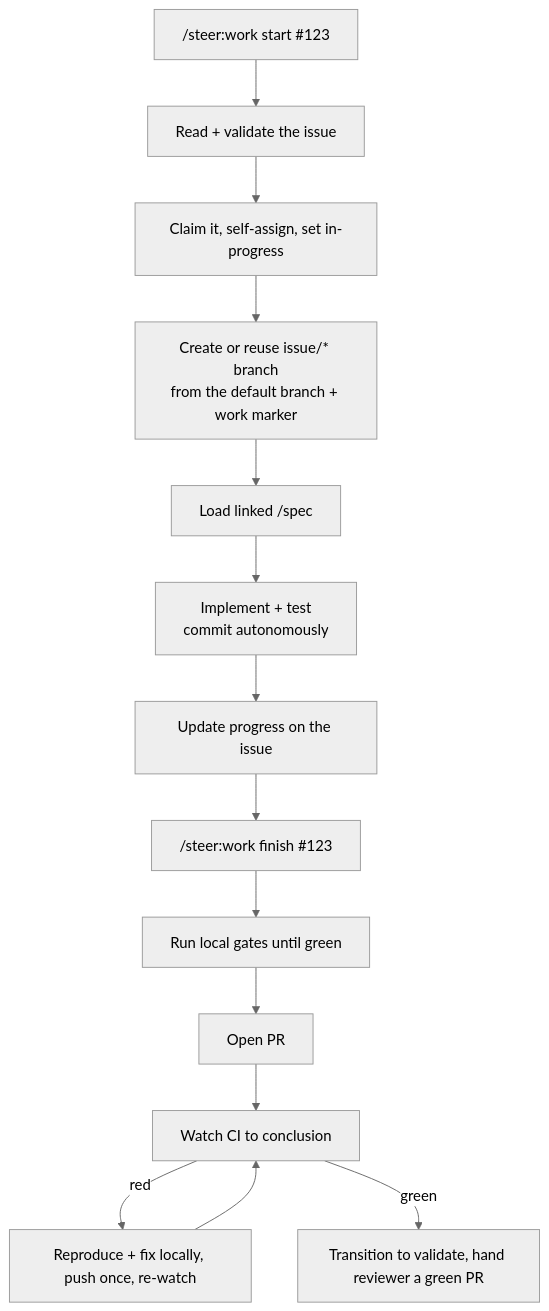
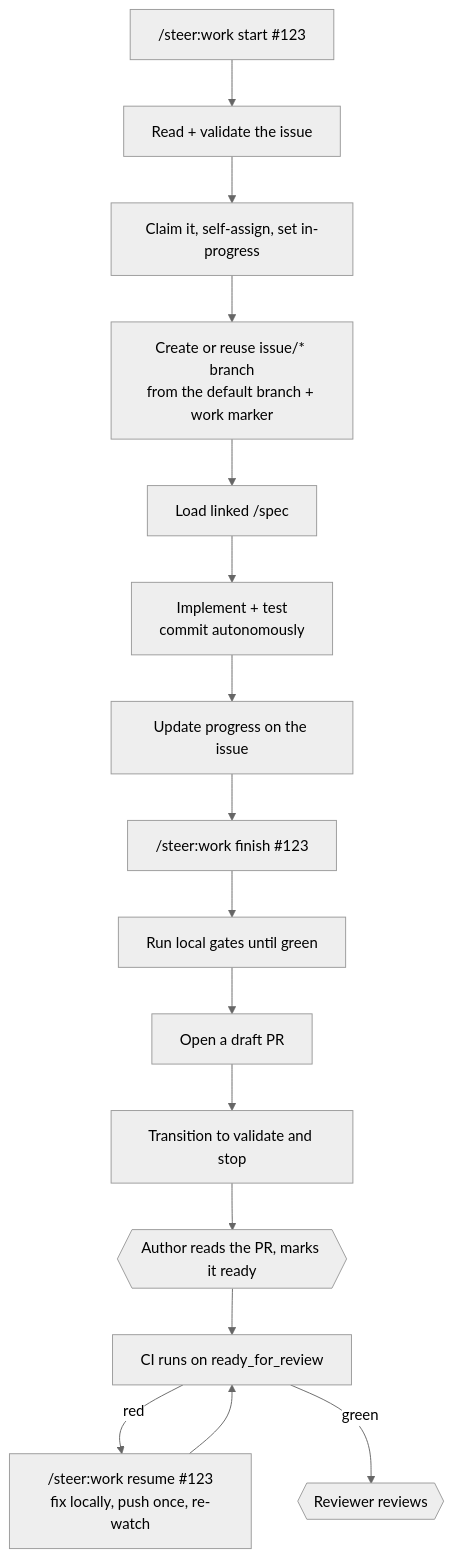
The diagram in docs/workflows/work.md (element22llc/e22-plugins), drawn with Mermaid (neutral theme) before and after one commit. The commit also changed other lines of this file and 22 other files, not shown here.

First line of the commit message:
feat(skills): open the /steer:work PR as a draft and stop at validate

````diff
--- a/docs/workflows/work.md
+++ b/docs/workflows/work.md
@@ -42,16 +42,18 @@
 ```mermaid
 flowchart TD
     START["/steer:work start #123"] --> VALIDATE[Read + validate the issue]
     VALIDATE --> CLAIM[Claim it, self-assign, set in-progress]
     CLAIM --> BRANCH[Create or reuse issue/* branch<br/>from the default branch + work marker]
     BRANCH --> SPEC[Load linked /spec]
     SPEC --> IMPL[Implement + test<br/>commit autonomously]
     IMPL --> PROGRESS[Update progress on the issue]
     PROGRESS --> FINISH["/steer:work finish #123"]
     FINISH --> GATES[Run local gates until green]
-    GATES --> PR[Open PR]
-    PR --> WATCH[Watch CI to conclusion]
-    WATCH -->|red| FIX[Reproduce + fix locally, push once, re-watch]
-    FIX --> WATCH
-    WATCH -->|green| STATE[Transition to validate, hand reviewer a green PR]
+    GATES --> PR[Open a draft PR]
+    PR --> STATE[Transition to validate and stop]
+    STATE --> READY{{Author reads the PR, marks it ready}}
+    READY --> CI[CI runs on ready_for_review]
+    CI -->|red| FIX["/steer:work resume #123<br/>fix locally, push once, re-watch"]
+    FIX --> CI
+    CI -->|green| REVIEW{{Reviewer reviews}}
 ```
````
